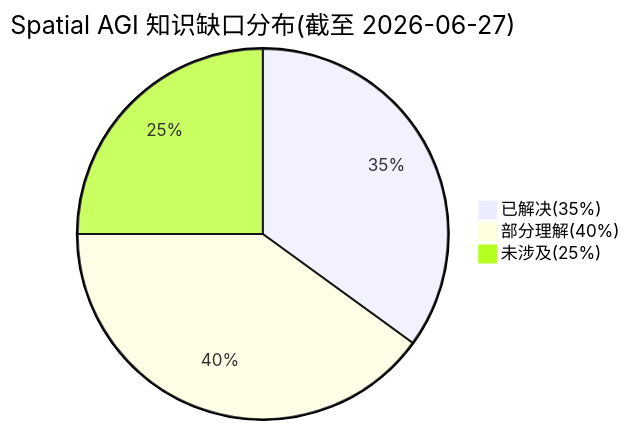
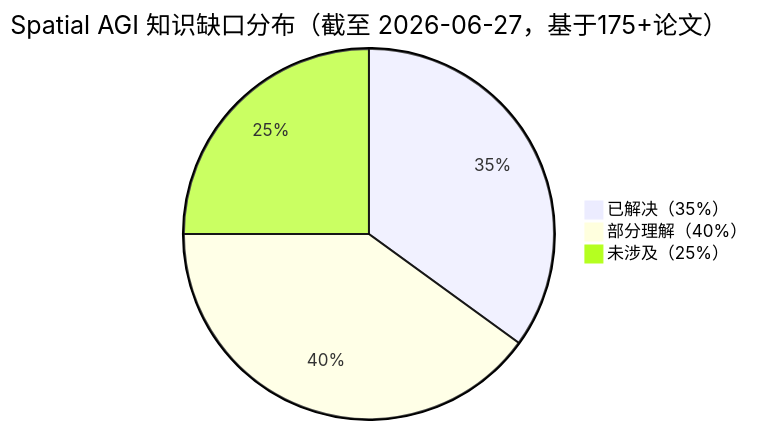
Before and after one commit to ahangchen/spatial_agi: the fifth of 5 diagrams in daily_thinking/2026-06-27.md, drawn with Mermaid. The commit also changed other lines of this file and 6 other files, not shown here.

````diff
--- a/daily_thinking/2026-06-27.md
+++ b/daily_thinking/2026-06-27.md
@@ -581,6 +575,6 @@
 ```mermaid
-pie title Spatial AGI 知识缺口分布(截至 2026-06-27)
-    "已解决(35%)" : 35
-    "部分理解(40%)" : 40
-    "未涉及(25%)" : 25
+pie title Spatial AGI 知识缺口分布（截至 2026-06-27，基于175+论文）
+    "已解决（35%）" : 35
+    "部分理解（40%）" : 40
+    "未涉及（25%）" : 25
 ```
````
